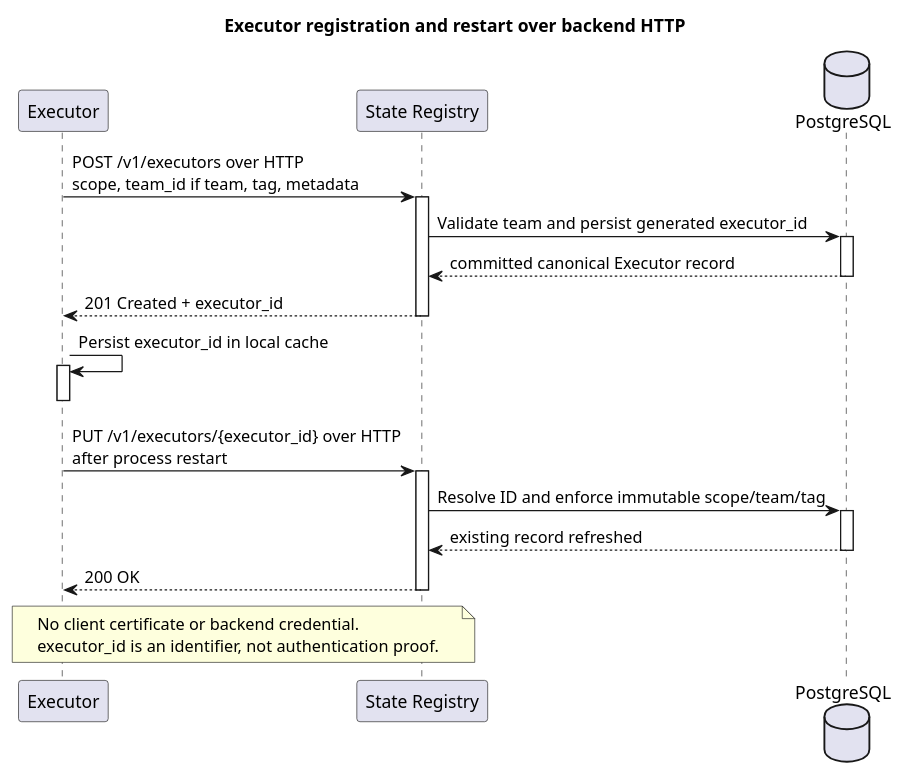
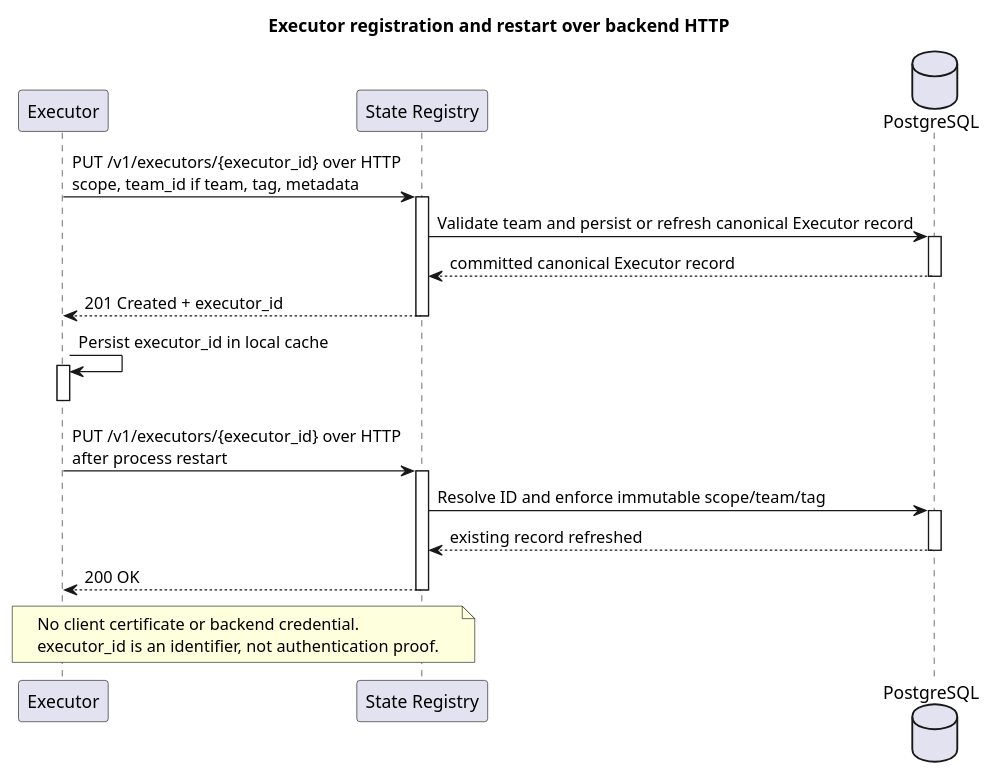
Before and after one commit to pandops/flowai: the diagram in openspec/changes/v0009-remove-backend-mtls/specs/diagrams/executor-http-registration-sequence.puml, drawn with PlantUML. The commit also changed 32 other files, not shown here.

```diff
--- a/openspec/changes/v0009-remove-backend-mtls/specs/diagrams/executor-http-registration-sequence.puml
+++ b/openspec/changes/v0009-remove-backend-mtls/specs/diagrams/executor-http-registration-sequence.puml
@@ -2,34 +2,34 @@
 @startuml
 title Executor registration and restart over backend HTTP
 
 participant "Executor" as executor_process
 participant "State Registry" as state_registry
 database "PostgreSQL" as state_database
 
-executor_process -> state_registry : POST /v1/executors over HTTP\nscope, team_id if team, tag, metadata
+executor_process -> state_registry : PUT /v1/executors/{executor_id} over HTTP\nscope, team_id if team, tag, metadata
 activate state_registry
-state_registry -> state_database : Validate team and persist generated executor_id
+state_registry -> state_database : Validate team and persist or refresh canonical Executor record
 activate state_database
 state_database --> state_registry : committed canonical Executor record
 deactivate state_database
 state_registry --> executor_process : 201 Created + executor_id
 deactivate state_registry
 
 executor_process -> executor_process : Persist executor_id in local cache
 activate executor_process
 deactivate executor_process
 
 executor_process -> state_registry : PUT /v1/executors/{executor_id} over HTTP\nafter process restart
 activate state_registry
 state_registry -> state_database : Resolve ID and enforce immutable scope/team/tag
 activate state_database
 state_database --> state_registry : existing record refreshed
 deactivate state_database
 state_registry --> executor_process : 200 OK
 deactivate state_registry
 
 note over executor_process,state_registry
 No client certificate or backend credential.
 executor_id is an identifier, not authentication proof.
 end note
 @enduml
```
